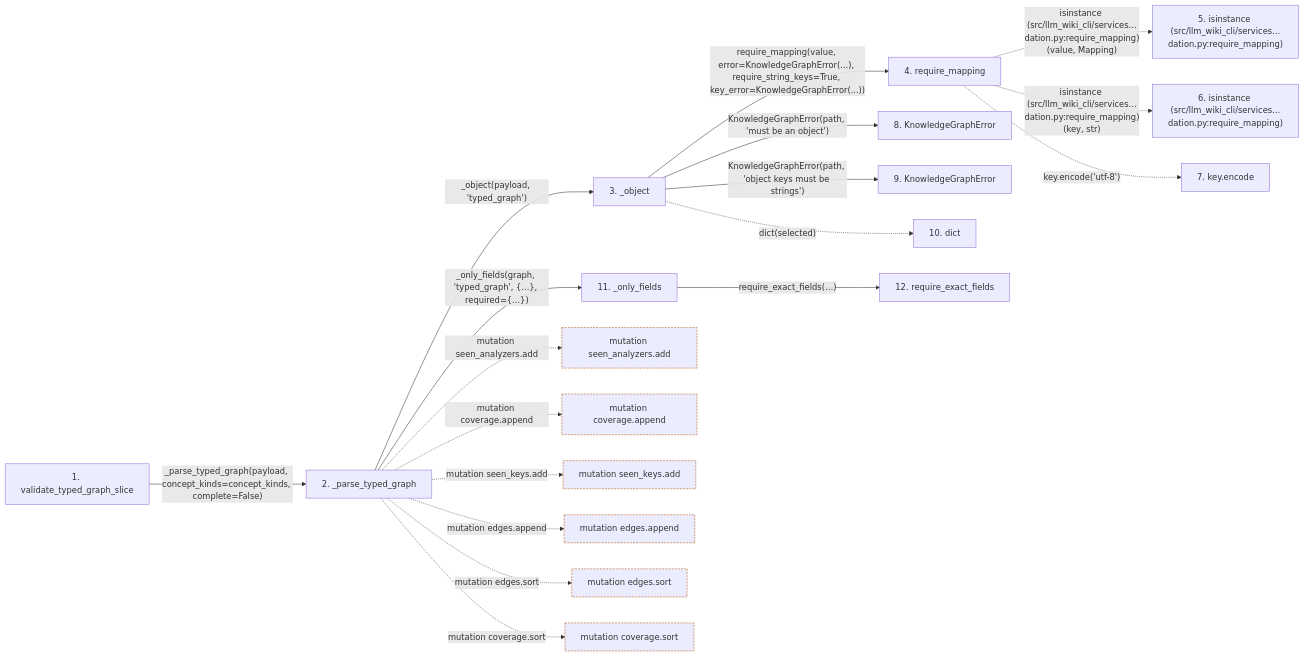
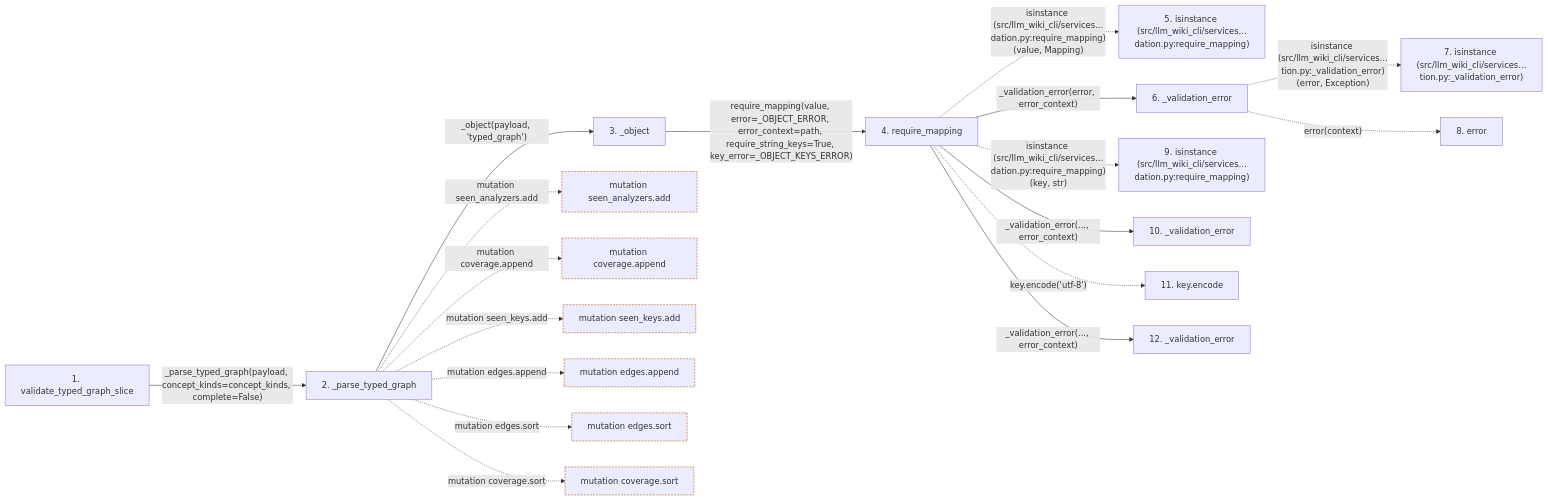
Before and after one commit to Denissvgn/python-wiki-llm: the second of 2 diagrams in docs/llm_wiki/flows/api-validate_typed_graph_slice.md, drawn with Mermaid. The commit also changed other lines of this file and 627 other files, not shown here.

````diff
--- a/docs/llm_wiki/flows/api-validate_typed_graph_slice.md
+++ b/docs/llm_wiki/flows/api-validate_typed_graph_slice.md
@@ -137,53 +137,52 @@
 ```mermaid
 flowchart LR
     s1["1. validate_typed_graph_slice"]
     s2["2. _parse_typed_graph"]
     s3["3. _object"]
     s4["4. require_mapping"]
     s5["5. isinstance (src/llm_wiki_cli/services…dation.py:require_mapping)"]
-    s6["6. isinstance (src/llm_wiki_cli/services…dation.py:require_mapping)"]
-    s7["7. key.encode"]
-    s8["8. KnowledgeGraphError"]
-    s9["9. KnowledgeGraphError"]
-    s10["10. dict"]
-    s11["11. _only_fields"]
-    s12["12. require_exact_fields"]
+    s6["6. _validation_error"]
+    s7["7. isinstance (src/llm_wiki_cli/services…tion.py:_validation_error)"]
+    s8["8. error"]
+    s9["9. isinstance (src/llm_wiki_cli/services…dation.py:require_mapping)"]
+    s10["10. _validation_error"]
+    s11["11. key.encode"]
+    s12["12. _validation_error"]
     s1 -->|"_parse_typed_graph(payload, concept_kinds=concept_kinds, complete=False)"| s2
     s2 -->|"_object(payload, 'typed_graph')"| s3
-    s3 -->|"require_mapping(value, error=KnowledgeGraphError(...), require_string_keys=True, key_error=KnowledgeGraphError(...))"| s4
+    s3 -->|"require_mapping(value, error=_OBJECT_ERROR, error_context=path, require_string_keys=True, key_error=_OBJECT_KEYS_ERROR)"| s4
     s4 -. "isinstance (src/llm_wiki_cli/services…dation.py:require_mapping)(value, Mapping)" .-> s5
-    s4 -. "isinstance (src/llm_wiki_cli/services…dation.py:require_mapping)(key, str)" .-> s6
-    s4 -. "key.encode('utf-8')" .-> s7
-    s3 -->|"KnowledgeGraphError(path, 'must be an object')"| s8
-    s3 -->|"KnowledgeGraphError(path, 'object keys must be strings')"| s9
-    s3 -. "dict(selected)" .-> s10
-    s2 -->|"_only_fields(graph, 'typed_graph', {...}, required={...})"| s11
-    s11 -->|"require_exact_fields(…)"| s12
+    s4 -->|"_validation_error(error, error_context)"| s6
+    s6 -. "isinstance (src/llm_wiki_cli/services…tion.py:_validation_error)(error, Exception)" .-> s7
+    s6 -. "error(context)" .-> s8
+    s4 -. "isinstance (src/llm_wiki_cli/services…dation.py:require_mapping)(key, str)" .-> s9
+    s4 -->|"_validation_error(..., error_context)"| s10
+    s4 -. "key.encode('utf-8')" .-> s11
+    s4 -->|"_validation_error(..., error_context)"| s12
     b0["mutation seen_analyzers.add"]
     s2 -. "mutation seen_analyzers.add" .-> b0
     b1["mutation coverage.append"]
     s2 -. "mutation coverage.append" .-> b1
     b2["mutation seen_keys.add"]
     s2 -. "mutation seen_keys.add" .-> b2
     b3["mutation edges.append"]
     s2 -. "mutation edges.append" .-> b3
     b4["mutation edges.sort"]
     s2 -. "mutation edges.sort" .-> b4
     b5["mutation coverage.sort"]
     s2 -. "mutation coverage.sort" .-> b5
     click s1 "../modules/knowledge_graph.md"
     click s2 "../modules/knowledge_graph.md"
     click s3 "../modules/knowledge_graph.md"
     click s4 "../modules/validation.md"
-    click s8 "../modules/knowledge_graph.md"
-    click s9 "../modules/knowledge_graph.md"
-    click s11 "../modules/knowledge_graph.md"
+    click s6 "../modules/validation.md"
+    click s10 "../modules/validation.md"
     click s12 "../modules/validation.md"
     classDef boundary stroke:#b45309,stroke-dasharray: 4 2
     class b0 boundary
     class b1 boundary
     class b2 boundary
     class b3 boundary
     class b4 boundary
     class b5 boundary
 ```
````
